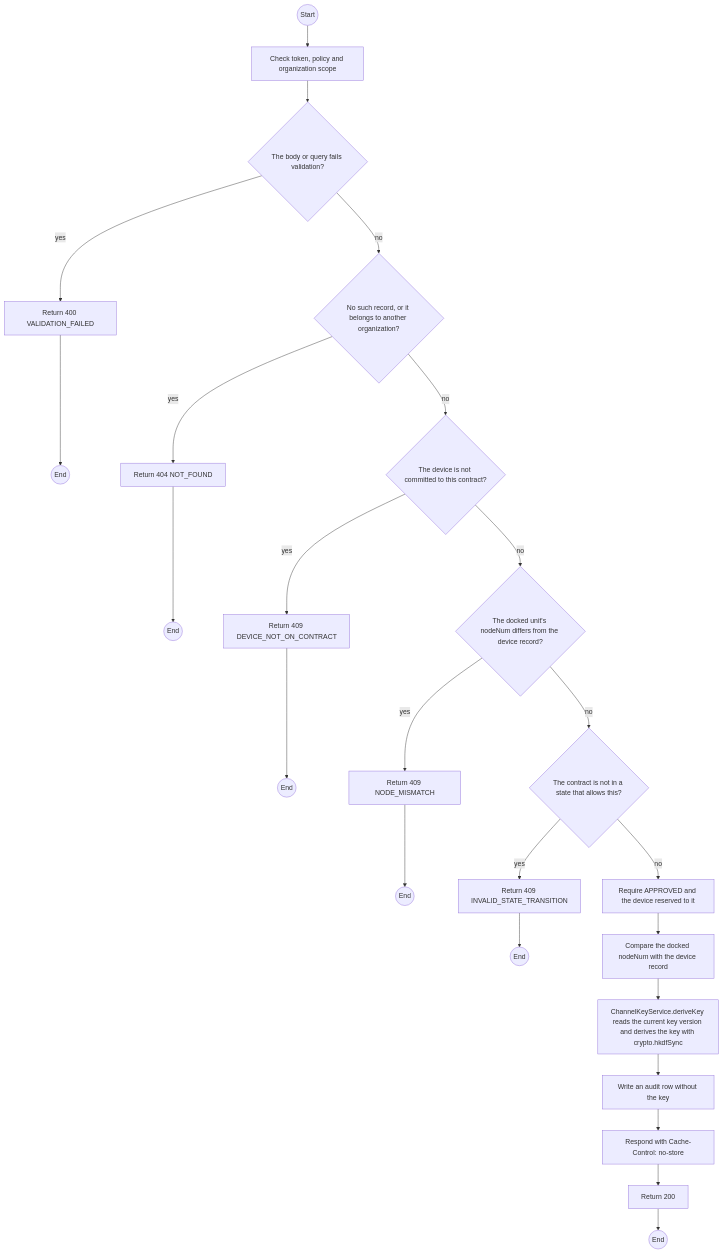
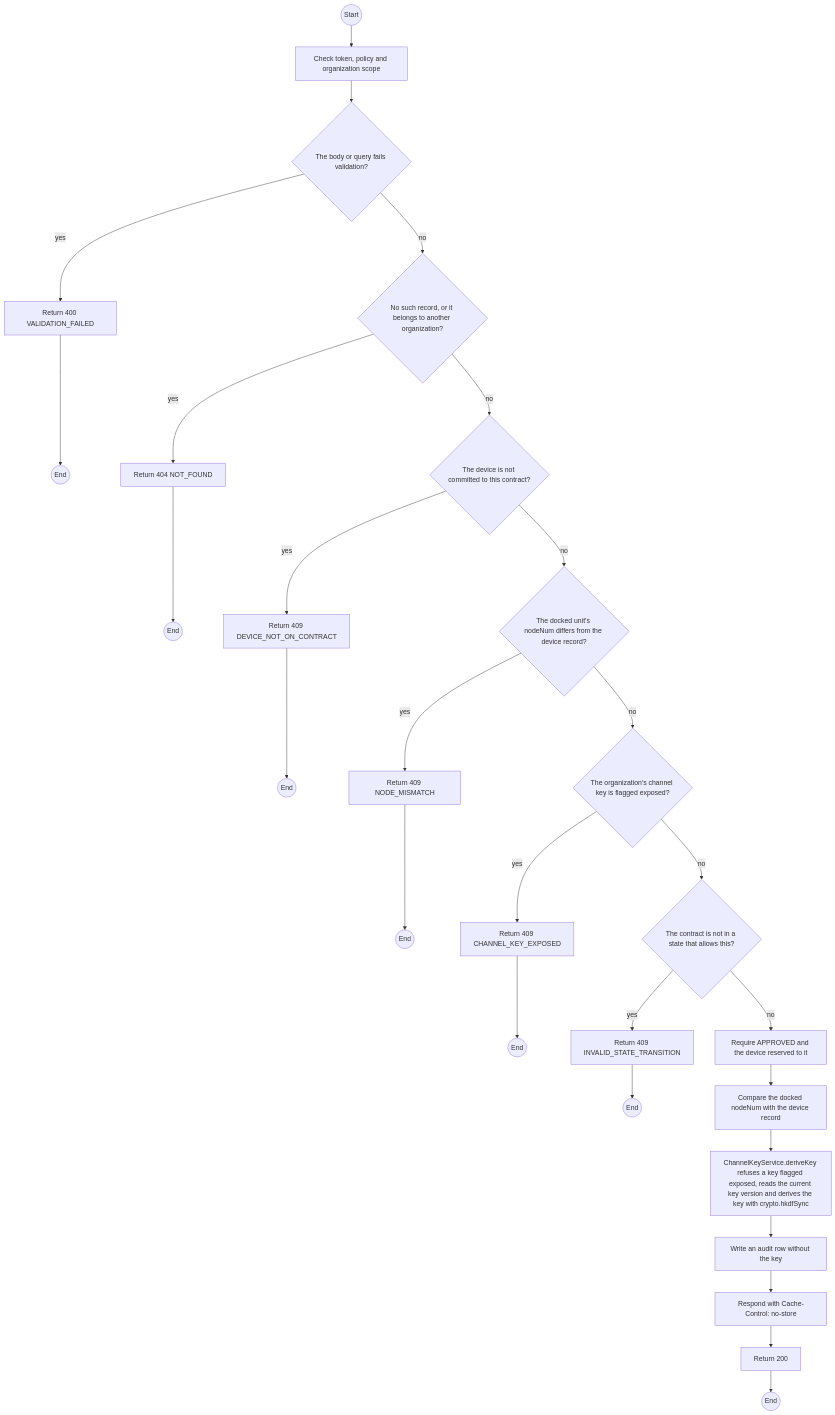
The first of 2 diagrams in specs/rentals/api-design/21-post-contracts-id-devices-deviceid-channel-key.md (TrekLink-Team/treklink-web), drawn with Mermaid before and after one commit. The commit also changed other lines of this file and 18 other files, not shown here.

First line of the commit message:
feat(rentals): refuse an exposed channel key with 409 CHANNEL_KEY_EXPOSED

````diff
--- a/specs/rentals/api-design/21-post-contracts-id-devices-deviceid-channel-key.md
+++ b/specs/rentals/api-design/21-post-contracts-id-devices-deviceid-channel-key.md
@@ -185,44 +202,49 @@
 ```mermaid
 flowchart TB
     S((Start))
     A0["Check token, policy and organization scope"]
     S --> A0
     D1{"The body or query fails validation?"}
     A0 --> D1
     E1["Return 400 VALIDATION_FAILED"]
     D1 -->|yes| E1
     E1 --> X1((End))
     D2{"No such record, or it belongs to another organization?"}
     D1 -->|no| D2
     E2["Return 404 NOT_FOUND"]
     D2 -->|yes| E2
     E2 --> X2((End))
     D3{"The device is not committed to this contract?"}
     D2 -->|no| D3
     E3["Return 409 DEVICE_NOT_ON_CONTRACT"]
     D3 -->|yes| E3
     E3 --> X3((End))
     D4{"The docked unit's nodeNum differs from the device record?"}
     D3 -->|no| D4
     E4["Return 409 NODE_MISMATCH"]
     D4 -->|yes| E4
     E4 --> X4((End))
-    D5{"The contract is not in a state that allows this?"}
+    D5{"The organization's channel key is flagged exposed?"}
     D4 -->|no| D5
-    E5["Return 409 INVALID_STATE_TRANSITION"]
+    E5["Return 409 CHANNEL_KEY_EXPOSED"]
     D5 -->|yes| E5
     E5 --> X5((End))
+    D6{"The contract is not in a state that allows this?"}
+    D5 -->|no| D6
+    E6["Return 409 INVALID_STATE_TRANSITION"]
+    D6 -->|yes| E6
+    E6 --> X6((End))
     P0["Require APPROVED and the device reserved to it"]
-    D5 -->|no| P0
+    D6 -->|no| P0
     P1["Compare the docked nodeNum with the device record"]
     P0 --> P1
-    P2["ChannelKeyService.deriveKey reads the current key version and derives the key with crypto.hkdfSync"]
+    P2["ChannelKeyService.deriveKey refuses a key flagged exposed, reads the current key version and derives the key with crypto.hkdfSync"]
     P1 --> P2
     P3["Write an audit row without the key"]
     P2 --> P3
     P4["Respond with Cache-Control: no-store"]
     P3 --> P4
     OK["Return 200"]
     P4 --> OK
     OK --> Z((End))
 ```
````
